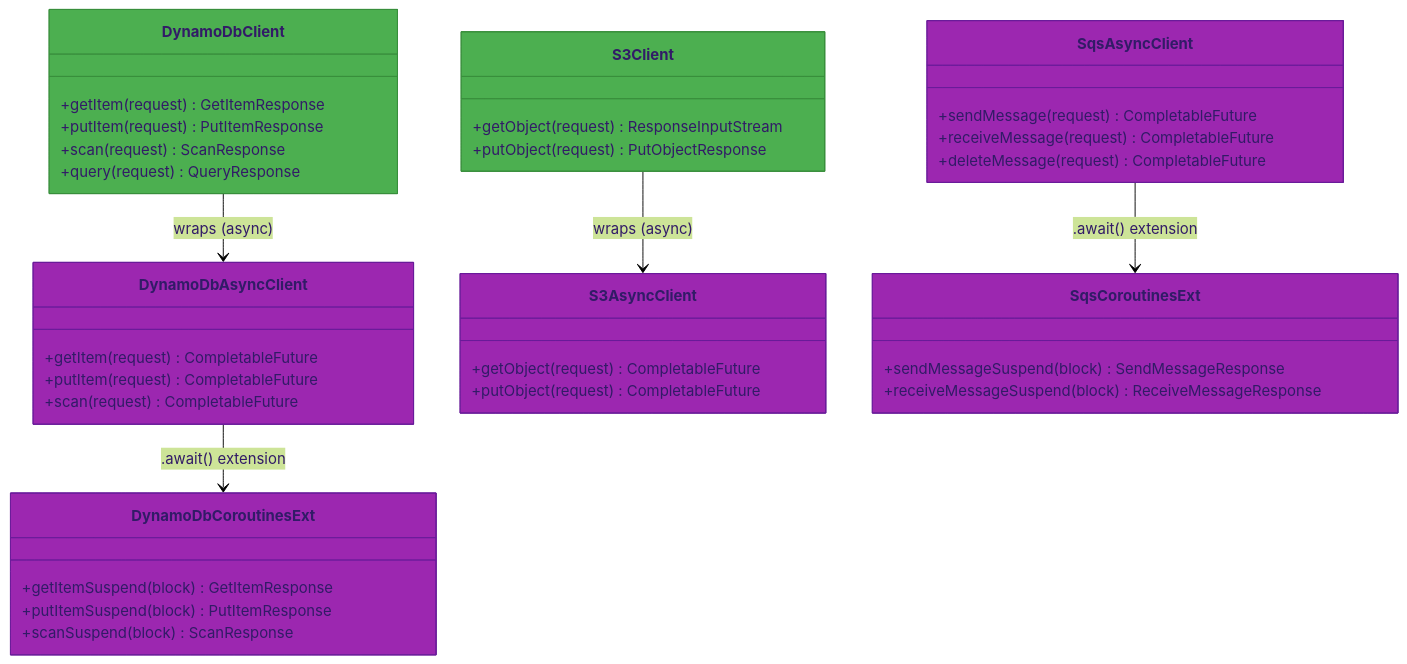
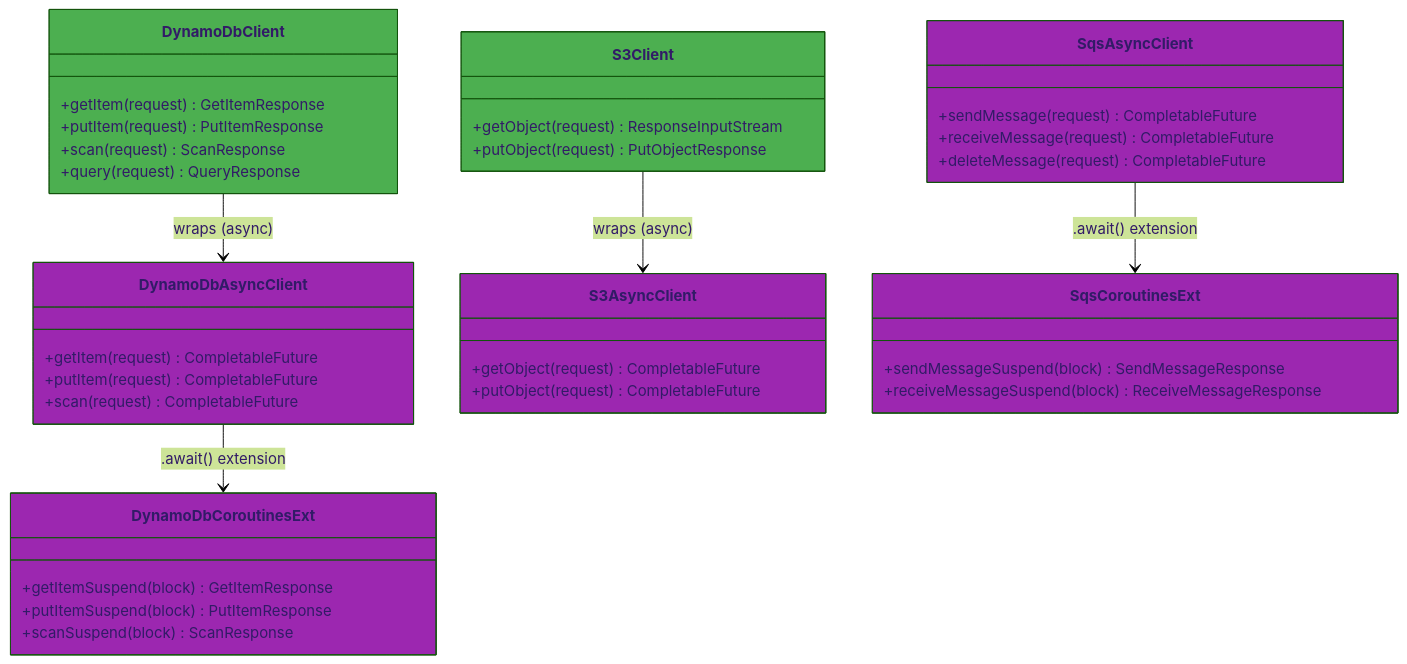
Before and after one commit to bluetape4k/bluetape4k-projects: the first of 3 diagrams in aws/aws/README.md, drawn with Mermaid (forest theme). The commit also changed 94 other files, not shown here.

First line of the commit message:
docs: Mermaid classDef에서 stroke:#색상 제거 (파서 오류 수정)

````diff
--- a/aws/aws/README.md
+++ b/aws/aws/README.md
@@ -100,44 +100,44 @@
 ```mermaid
 classDiagram
     class DynamoDbClient:::serviceStyle {
         +getItem(request) GetItemResponse
         +putItem(request) PutItemResponse
         +scan(request) ScanResponse
         +query(request) QueryResponse
     }
     class DynamoDbAsyncClient:::asyncStyle {
         +getItem(request) CompletableFuture
         +putItem(request) CompletableFuture
         +scan(request) CompletableFuture
     }
     class DynamoDbCoroutinesExt:::asyncStyle {
         +getItemSuspend(block) GetItemResponse
         +putItemSuspend(block) PutItemResponse
         +scanSuspend(block) ScanResponse
     }
     class S3Client:::serviceStyle {
         +getObject(request) ResponseInputStream
         +putObject(request) PutObjectResponse
     }
     class S3AsyncClient:::asyncStyle {
         +getObject(request) CompletableFuture
         +putObject(request) CompletableFuture
     }
     class SqsAsyncClient:::asyncStyle {
         +sendMessage(request) CompletableFuture
         +receiveMessage(request) CompletableFuture
         +deleteMessage(request) CompletableFuture
     }
     class SqsCoroutinesExt:::asyncStyle {
         +sendMessageSuspend(block) SendMessageResponse
         +receiveMessageSuspend(block) ReceiveMessageResponse
     }
 
     DynamoDbClient --> DynamoDbAsyncClient : wraps (async)
     DynamoDbAsyncClient --> DynamoDbCoroutinesExt : .await() extension
     S3Client --> S3AsyncClient : wraps (async)
     SqsAsyncClient --> SqsCoroutinesExt : .await() extension
 
-    classDef serviceStyle fill:#4CAF50,stroke:#388E3C
-    classDef asyncStyle   fill:#9C27B0,stroke:#6A1B9A
+    classDef serviceStyle fill:#4CAF50
+    classDef asyncStyle   fill:#9C27B0
 ```
````
